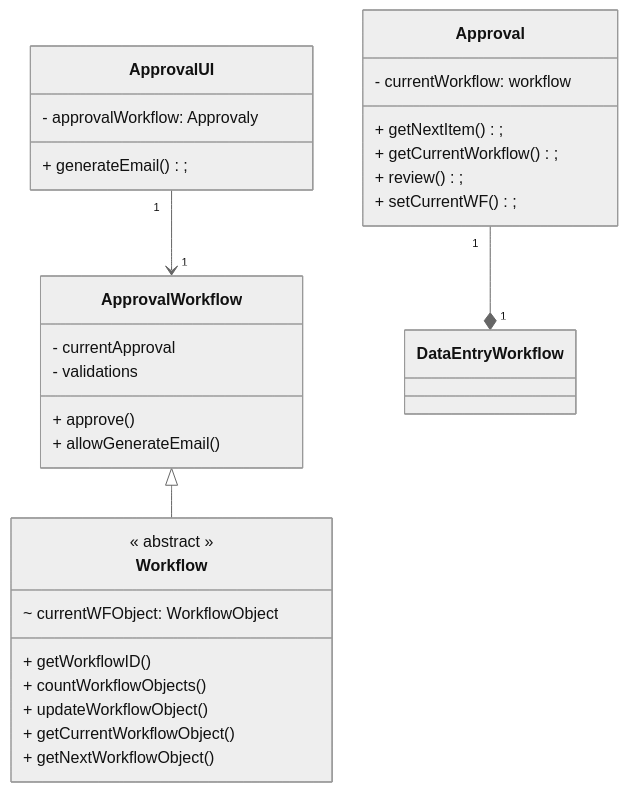
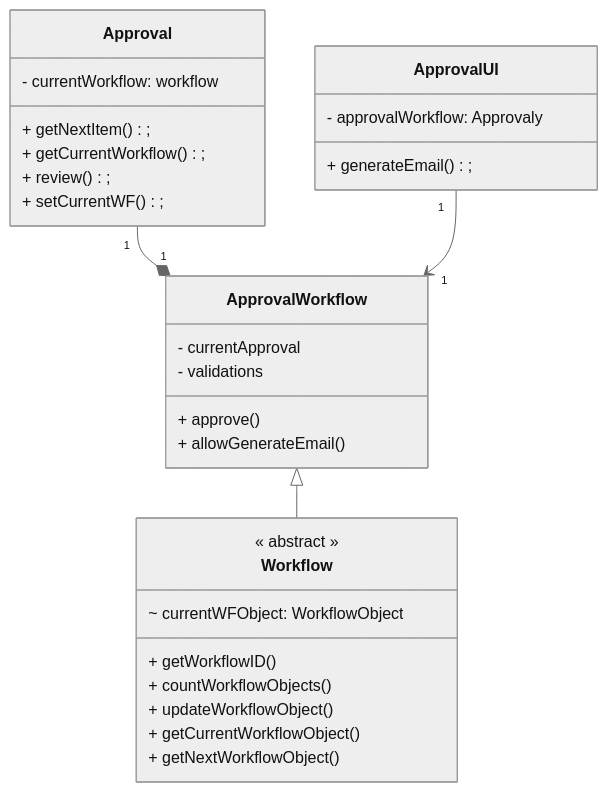
The diagram in docs/Approval.md (tpfahy/CS321), drawn with Mermaid (neutral theme) before and after one commit.

Commit message:
Fixed a small change, dont know how to use --amend yet, again.....

````diff
--- a/docs/Approval.md
+++ b/docs/Approval.md
@@ -1,39 +1,39 @@
 ```mermaid
 classDiagram
 class Approval {
     - currentWorkflow: workflow
 
     + getNextItem();
     + getCurrentWorkflow();
     + review();
     + setCurrentWF();
 }
 
 class ApprovalWorkflow {
     - currentApproval
     - validations
 
     + approve()
     + allowGenerateEmail()
 
 }
 
 class Workflow {
     << abstract >>
     ~ currentWFObject: WorkflowObject
     + getWorkflowID()
     + countWorkflowObjects()
     + updateWorkflowObject()
     + getCurrentWorkflowObject()
     + getNextWorkflowObject()
 }
 
 class ApprovalUI {
     - approvalWorkflow: Approvaly
     + generateEmail();
 }
 
-Approval "1" --* "1" DataEntryWorkflow
+Approval "1" --* "1" ApprovalWorkflow
 ApprovalWorkflow  <|-- Workflow
 ApprovalUI "1" --> "1" ApprovalWorkflow
 ```
````
